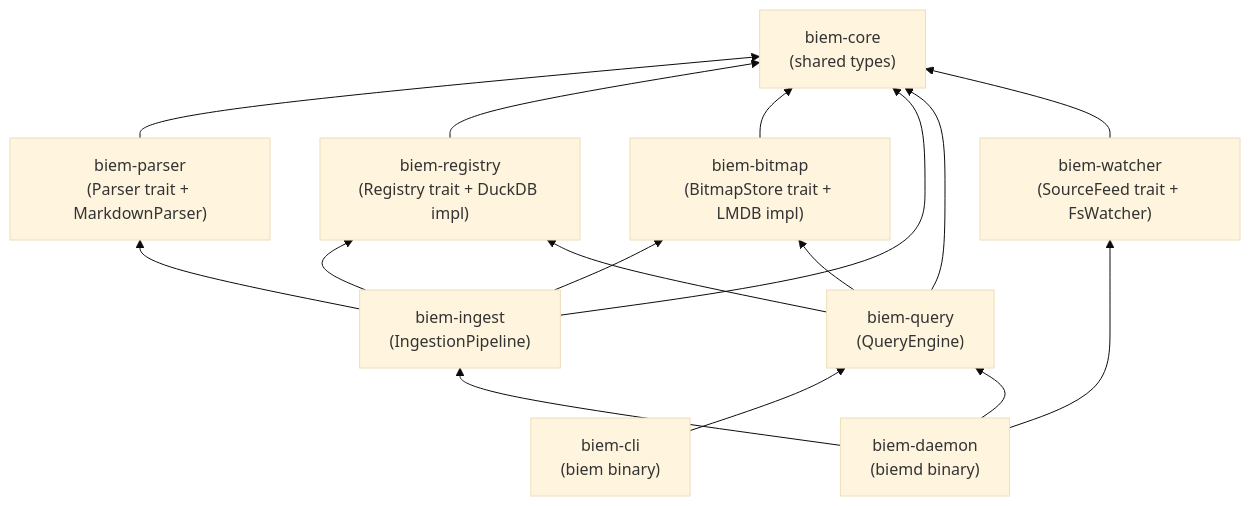
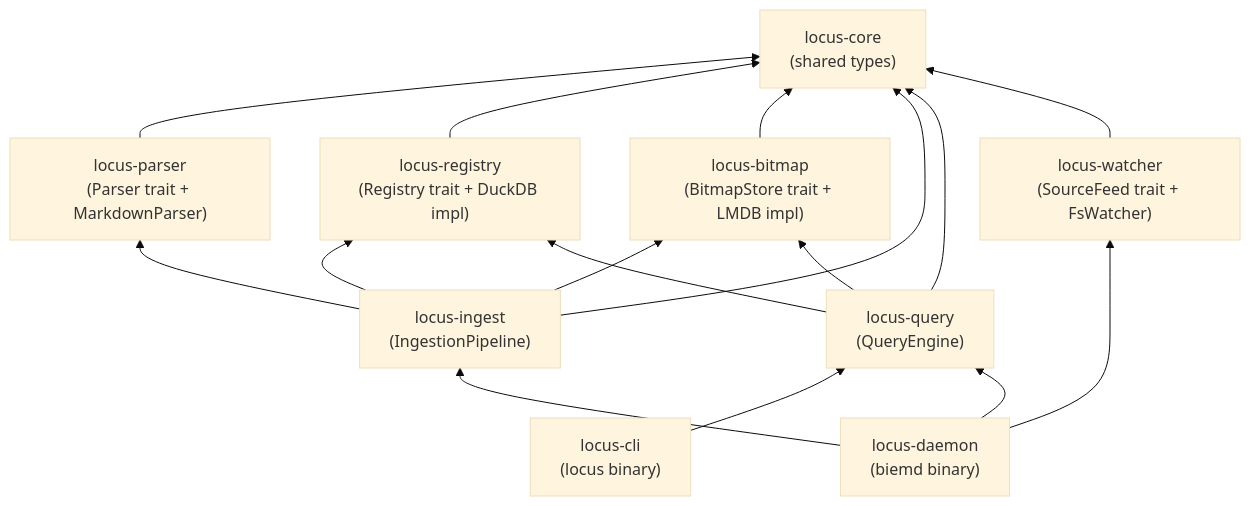
Before and after one commit to locusd-ai/locus: the fourth of 4 diagrams in docs/architecture/003-contracts.md, drawn with Mermaid (base theme). The commit also changed other lines of this file and 147 other files, not shown here.

First line of the commit message:
chore: rename project from BIEM to Locus/locusd

````diff
--- a/docs/architecture/003-contracts.md
+++ b/docs/architecture/003-contracts.md
@@ -1081,28 +1081,28 @@
 ```mermaid
 graph BT
-    CORE["biem-core<br/>(shared types)"]
-    PARSER["biem-parser<br/>(Parser trait + MarkdownParser)"]
-    REG["biem-registry<br/>(Registry trait + DuckDB impl)"]
-    BITMAP["biem-bitmap<br/>(BitmapStore trait + LMDB impl)"]
-    INGEST["biem-ingest<br/>(IngestionPipeline)"]
-    QUERY["biem-query<br/>(QueryEngine)"]
-    WATCH["biem-watcher<br/>(SourceFeed trait + FsWatcher)"]
-    CLI["biem-cli<br/>(biem binary)"]
-    DAEMON["biem-daemon<br/>(biemd binary)"]
+    CORE["locus-core<br/>(shared types)"]
+    PARSER["locus-parser<br/>(Parser trait + MarkdownParser)"]
+    REG["locus-registry<br/>(Registry trait + DuckDB impl)"]
+    BITMAP["locus-bitmap<br/>(BitmapStore trait + LMDB impl)"]
+    INGEST["locus-ingest<br/>(IngestionPipeline)"]
+    QUERY["locus-query<br/>(QueryEngine)"]
+    WATCH["locus-watcher<br/>(SourceFeed trait + FsWatcher)"]
+    CLI["locus-cli<br/>(locus binary)"]
+    DAEMON["locus-daemon<br/>(biemd binary)"]
 
     PARSER --> CORE
     REG --> CORE
     BITMAP --> CORE
     INGEST --> CORE
     INGEST --> PARSER
     INGEST --> REG
     INGEST --> BITMAP
     QUERY --> CORE
     QUERY --> REG
     QUERY --> BITMAP
     WATCH --> CORE
     CLI --> QUERY
     DAEMON --> QUERY
     DAEMON --> INGEST
     DAEMON --> WATCH
 ```
````
